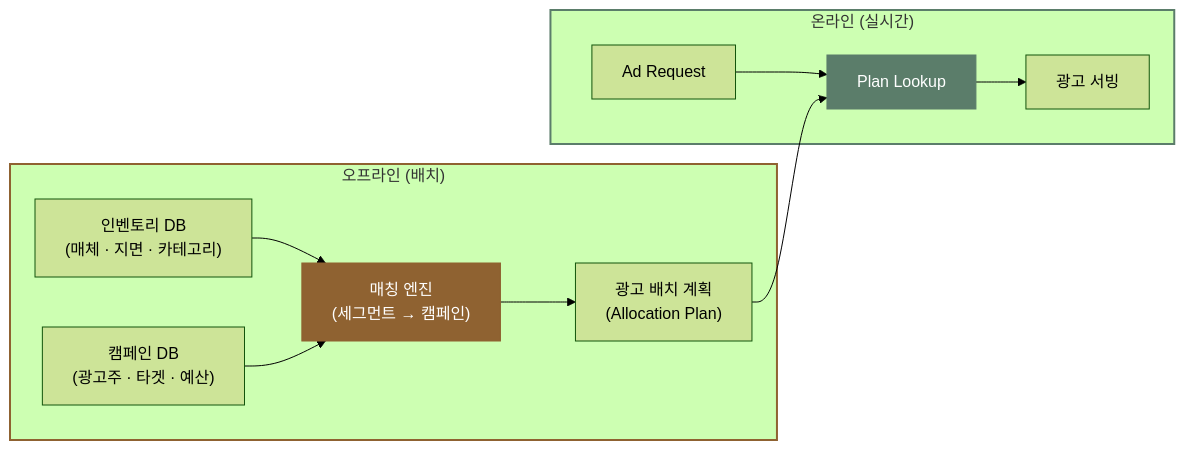
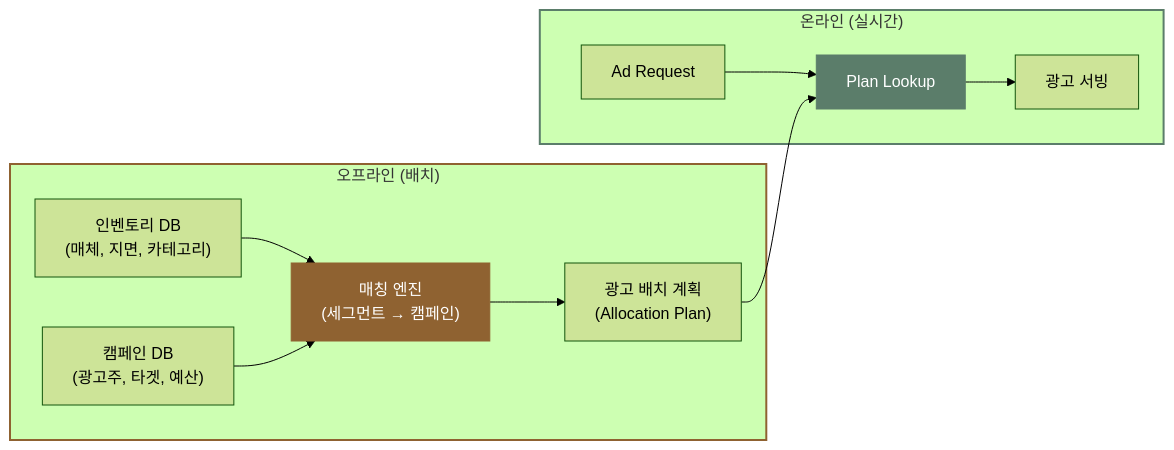
The fifth of 8 diagrams in posts/ad-network-vs-exchange.md (chkimsu/adtech-blog), drawn with Mermaid (forest theme) before and after one commit. The commit also changed other lines of this file and 25 other files, not shown here.

````diff
--- a/posts/ad-network-vs-exchange.md
+++ b/posts/ad-network-vs-exchange.md
@@ -361,22 +361,22 @@
 ```mermaid
 graph LR
     subgraph Offline["오프라인 (배치)"]
-        INV["인벤토리 DB<br/>(매체 · 지면 · 카테고리)"]
-        CAMP["캠페인 DB<br/>(광고주 · 타겟 · 예산)"]
+        INV["인벤토리 DB<br/>(매체, 지면, 카테고리)"]
+        CAMP["캠페인 DB<br/>(광고주, 타겟, 예산)"]
         MATCH["매칭 엔진<br/>(세그먼트 → 캠페인)"]
         INV --> MATCH
         CAMP --> MATCH
         MATCH --> PLAN["광고 배치 계획<br/>(Allocation Plan)"]
     end
 
     subgraph Online["온라인 (실시간)"]
         REQ["Ad Request"] --> LOOKUP["Plan Lookup"]
         PLAN --> LOOKUP
         LOOKUP --> SERVE["광고 서빙"]
     end
 
     style Offline stroke:#8f6231,stroke-width:2px
     style Online stroke:#5b7d6a,stroke-width:2px
     style MATCH fill:#8f6231,stroke:#8f6231,color:#fff
     style LOOKUP fill:#5b7d6a,stroke:#5b7d6a,color:#fff
 ```
````
